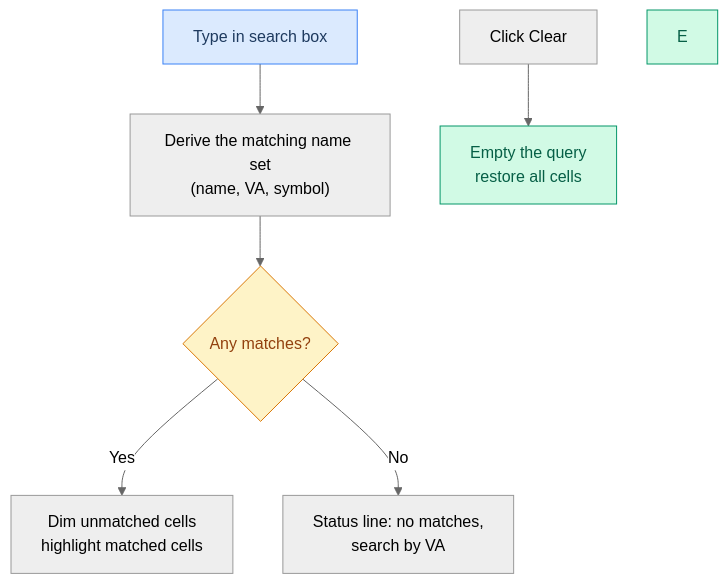
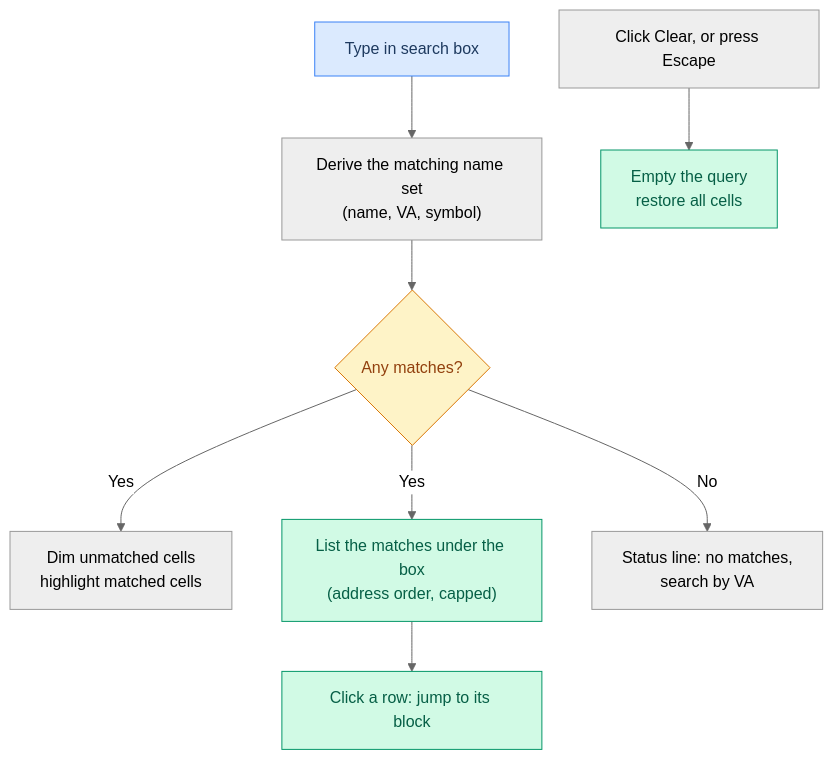
The fifth of 18 diagrams in docs/USER_STORIES.md (maci0/recoverage), drawn with Mermaid (neutral theme) before and after one commit. The commit also changed other lines of this file and 9 other files, not shown here.

````diff
--- a/docs/USER_STORIES.md
+++ b/docs/USER_STORIES.md
@@ -166,14 +170,18 @@
 ```mermaid
 graph TD
     A["Type in search box"] --> B["Derive the matching name set<br/>(name, VA, symbol)"]
     B --> C{"Any matches?"}
     C -->|Yes| D["Dim unmatched cells<br/>highlight matched cells"]
+    C -->|Yes| E["List the matches under the box<br/>(address order, capped)"]
     C -->|No| F["Status line: no matches,<br/>search by VA"]
 
-    G["Click Clear"] --> H["Empty the query<br/>restore all cells"]
+    E --> I["Click a row: jump to its block"]
+
+    G["Click Clear, or press Escape"] --> H["Empty the query<br/>restore all cells"]
 
     style A fill:#dbeafe,stroke:#3b82f6,color:#1e3a5f
     style E fill:#d1fae5,stroke:#059669,color:#065f46
     style H fill:#d1fae5,stroke:#059669,color:#065f46
+    style I fill:#d1fae5,stroke:#059669,color:#065f46
     style C fill:#fef3c7,stroke:#d97706,color:#92400e
 ```
````
